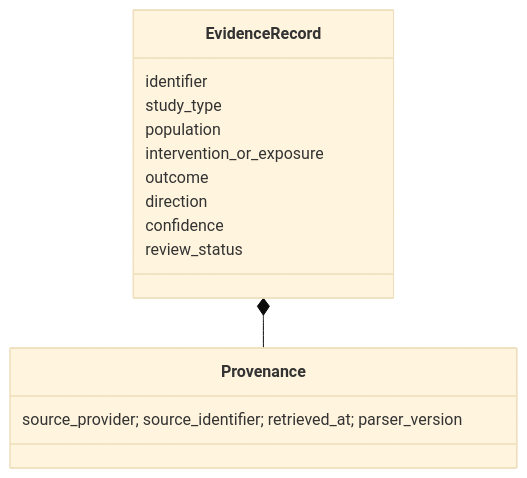
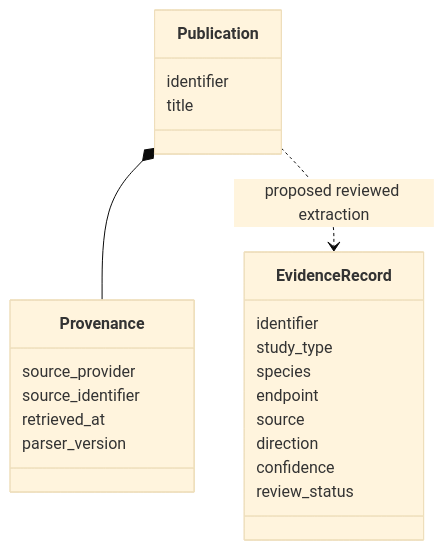
Before and after one commit to Ciprian-LocalPulse/OpenLongevityLab: the diagram in docs/academic/02-evidence-ontology.md, drawn with Mermaid (base theme). The commit also changed other lines of this file and 85 other files, not shown here.

````diff
--- a/docs/academic/02-evidence-ontology.md
+++ b/docs/academic/02-evidence-ontology.md
@@ -7,15 +51,25 @@
 ```mermaid
 classDiagram
   class EvidenceRecord {
     identifier
     study_type
-    population
-    intervention_or_exposure
-    outcome
+    species
+    endpoint
+    source
     direction
     confidence
     review_status
   }
-  class Provenance { source_provider; source_identifier; retrieved_at; parser_version }
-  EvidenceRecord *-- Provenance
+  class Publication {
+    identifier
+    title
+  }
+  class Provenance {
+    source_provider
+    source_identifier
+    retrieved_at
+    parser_version
+  }
+  Publication *-- Provenance
+  Publication ..> EvidenceRecord : proposed reviewed extraction
 ```
````
